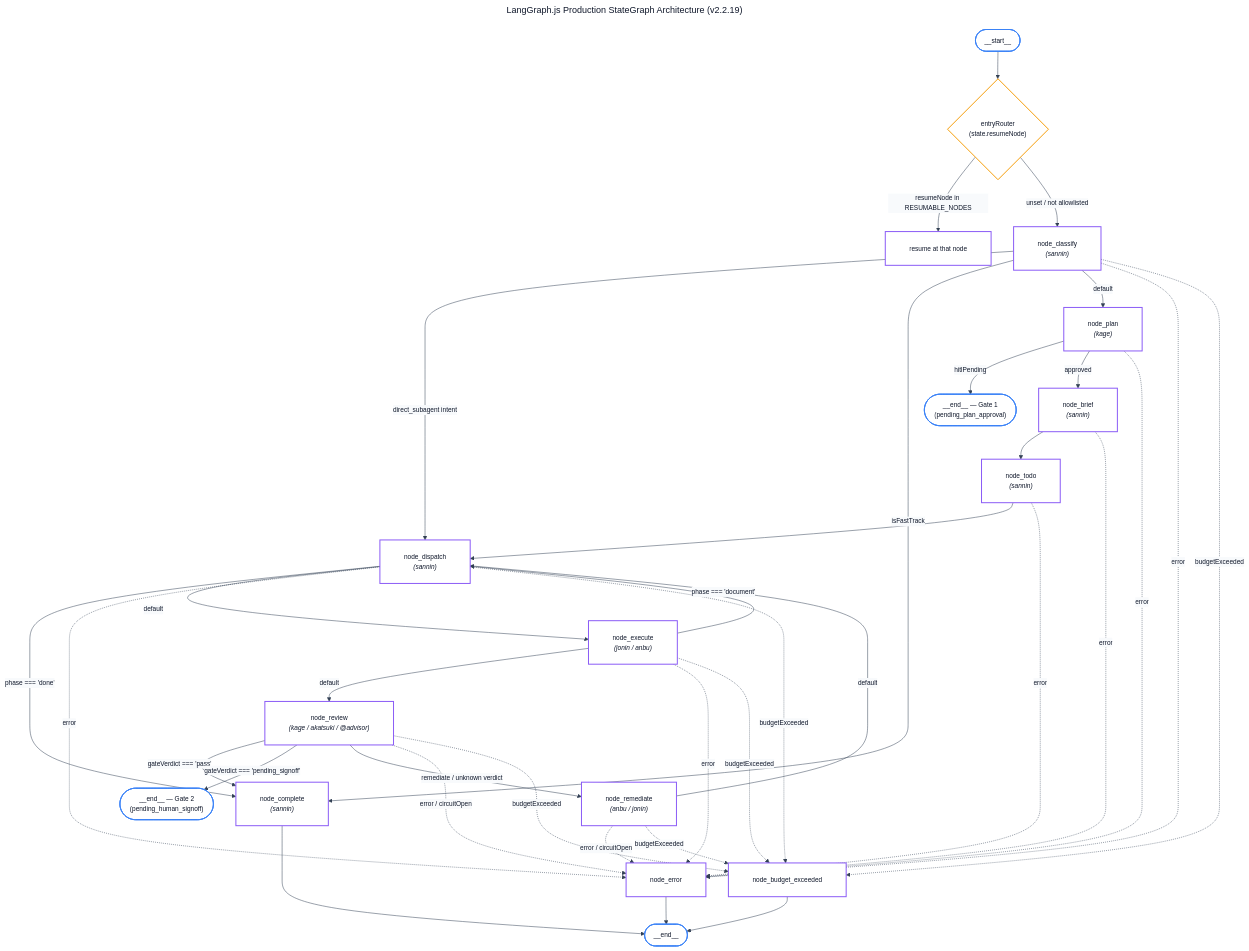
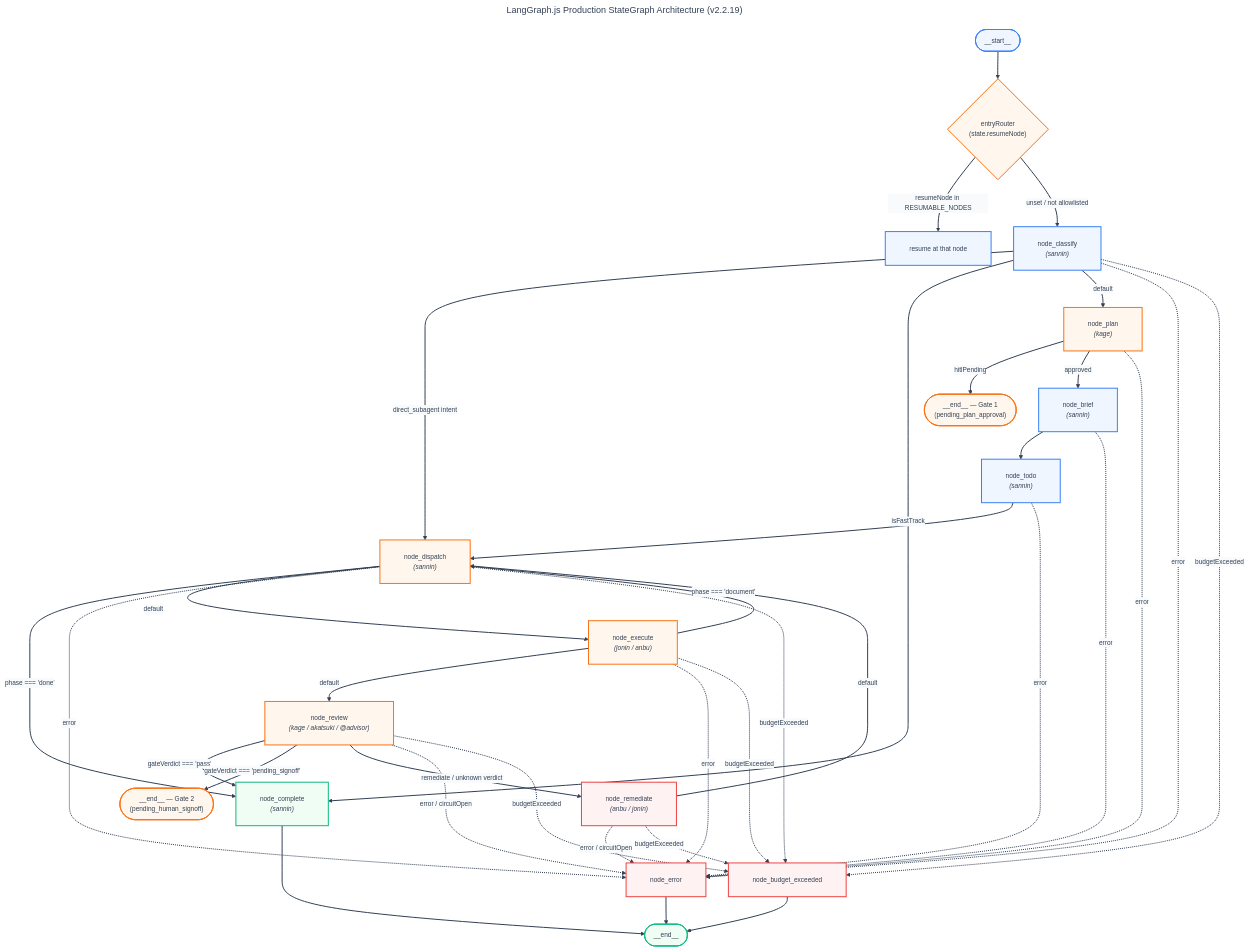
Before and after one commit to andycungkrinx91/konoha: the third of 4 diagrams in docs/ARCHITECTURE.md, drawn with Mermaid. The commit also changed other lines of this file and 136 other files, not shown here.

````diff
--- a/docs/ARCHITECTURE.md
+++ b/docs/ARCHITECTURE.md
@@ -652,73 +649,79 @@
 ```mermaid
 ---
 title: LangGraph.js Production StateGraph Architecture (v2.2.19)
 config:
   theme: base
   themeVariables:
     darkMode: false
     background: '#ffffff'
-    mainBkg: '#ffffff'
-    primaryColor: '#ffffff'
-    primaryTextColor: '#0f172a'
-    primaryBorderColor: '#8b5cf6'
+    mainBkg: '#eff6ff'
+    primaryColor: '#eff6ff'
+    primaryTextColor: '#334155'
+    primaryBorderColor: '#3b82f6'
     lineColor: '#334155'
     arrowheadColor: '#334155'
     secondaryColor: '#f8fafc'
-    fontFamily: 'Inter, system-ui, sans-serif'
+    tertiaryColor: '#f0fdf4'
+    fontFamily: 'Inter, system-ui, -apple-system, sans-serif'
     fontSize: '13px'
   flowchart:
     nodeSpacing: 45
     rankSpacing: 55
     padding: 24
     wrappingWidth: 380
 ---
 flowchart TD
     Start([__start__]) --> EntryRouter{"entryRouter<br/>(state.resumeNode)"}
     EntryRouter -->|"resumeNode in RESUMABLE_NODES"| ResumeNode["resume at that node"]
     EntryRouter -->|"unset / not allowlisted"| NodeClassify["node_classify<br/><i>(sannin)</i>"]
 
     NodeClassify -->|"direct_subagent intent"| NodeDispatch["node_dispatch<br/><i>(sannin)</i>"]
     NodeClassify -->|"isFastTrack"| NodeComplete["node_complete<br/><i>(sannin)</i>"]
     NodeClassify -->|"default"| NodePlan["node_plan<br/><i>(kage)</i>"]
 
     NodePlan -->|"hitlPending"| GatePause1(["__end__ — Gate 1<br/>(pending_plan_approval)"])
     NodePlan -->|"approved"| NodeBrief["node_brief<br/><i>(sannin)</i>"]
 
     NodeBrief --> NodeTodo["node_todo<br/><i>(sannin)</i>"]
     NodeTodo --> NodeDispatch
     NodeDispatch -->|"phase === 'done'"| NodeComplete
     NodeDispatch -->|"default"| NodeExecute["node_execute<br/><i>(jonin / anbu)</i>"]
     NodeExecute -->|"phase === 'document'"| NodeDispatch
     NodeExecute -->|"default"| NodeReview["node_review<br/><i>(kage / akatsuki / @advisor)</i>"]
 
     NodeReview -->|"gateVerdict === 'pass'"| NodeComplete
     NodeReview -->|"gateVerdict === 'pending_signoff'"| GatePause2(["__end__ — Gate 2<br/>(pending_human_signoff)"])
     NodeReview -->|"remediate / unknown verdict"| NodeRemediate["node_remediate<br/><i>(anbu / jonin)</i>"]
     NodeRemediate -->|"default"| NodeDispatch
 
     NodeClassify -.->|"error"| NodeError["node_error"]
     NodePlan -.->|"error"| NodeError
     NodeBrief -.->|"error"| NodeError
     NodeTodo -.->|"error"| NodeError
     NodeDispatch -.->|"error"| NodeError
     NodeExecute -.->|"error"| NodeError
     NodeReview -.->|"error / circuitOpen"| NodeError
     NodeRemediate -.->|"error / circuitOpen"| NodeError
 
     NodeClassify -.->|"budgetExceeded"| NodeBudget["node_budget_exceeded"]
     NodeDispatch -.->|"budgetExceeded"| NodeBudget
     NodeExecute -.->|"budgetExceeded"| NodeBudget
     NodeReview -.->|"budgetExceeded"| NodeBudget
     NodeRemediate -.->|"budgetExceeded"| NodeBudget
 
     NodeComplete --> End([__end__])
     NodeBudget --> End
     NodeError --> End
 
-    classDef graphNode fill:#ffffff,stroke:#8b5cf6,stroke-width:2px,color:#0f172a;
-    classDef decision fill:#ffffff,stroke:#f59e0b,stroke-width:2px,color:#0f172a;
-    classDef terminal fill:#ffffff,stroke:#3b82f6,stroke-width:2px,color:#0f172a;
-    class NodeClassify,NodePlan,NodeBrief,NodeTodo,NodeDispatch,NodeExecute,NodeReview,NodeRemediate,NodeComplete,NodeBudget,NodeError,ResumeNode graphNode;
-    class EntryRouter decision;
-    class Start,End,GatePause1,GatePause2 terminal;
+    linkStyle default stroke:#334155,stroke-width:2px;
+
+    classDef blueShape fill:#eff6ff,stroke:#3b82f6,color:#334155,stroke-width:2px;
+    classDef orangeShape fill:#fff7ed,stroke:#f97316,color:#334155,stroke-width:2px;
+    classDef greenShape fill:#f0fdf4,stroke:#10b981,color:#334155,stroke-width:2px;
+    classDef redShape fill:#fef2f2,stroke:#ef4444,color:#334155,stroke-width:2px;
+
+    class Start,ResumeNode,NodeClassify,NodeBrief,NodeTodo blueShape;
+    class EntryRouter,NodePlan,NodeDispatch,NodeExecute,NodeReview,GatePause1,GatePause2 orangeShape;
+    class NodeComplete,End greenShape;
+    class NodeRemediate,NodeBudget,NodeError redShape;
 ```
````
